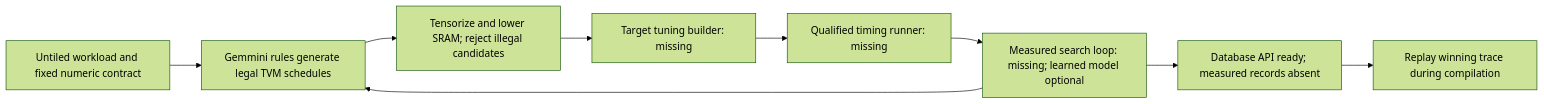
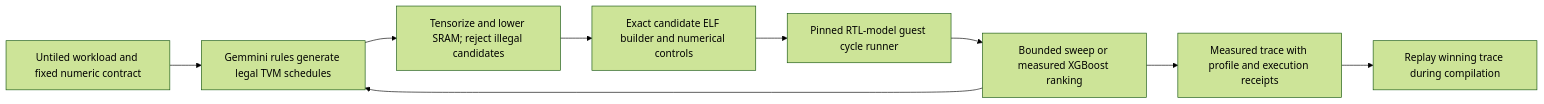
The second of 2 diagrams in apps/gemmini/TENSORIR.md (grammy117/tvm), drawn with Mermaid (forest theme) before and after one commit. The commit also changed other lines of this file and 1 other file, not shown here.

Commit message:
docs(gemmini): report execution contracts and tuning readiness

````diff
--- a/apps/gemmini/TENSORIR.md
+++ b/apps/gemmini/TENSORIR.md
@@ -107,11 +112,11 @@
 ```mermaid
 flowchart LR
   W[Untiled workload and fixed numeric contract] --> S[Gemmini rules generate legal TVM schedules]
   S --> L[Tensorize and lower SRAM; reject illegal candidates]
-  L --> B[Target tuning builder: missing]
-  B --> R[Qualified timing runner: missing]
-  R --> M[Measured search loop: missing; learned model optional]
+  L --> B[Exact candidate ELF builder and numerical controls]
+  B --> R[Pinned RTL-model guest cycle runner]
+  R --> M[Bounded sweep or measured XGBoost ranking]
   M --> S
-  M --> D[Database API ready; measured records absent]
+  M --> D[Measured trace with profile and execution receipts]
   D --> C[Replay winning trace during compilation]
 ```
````
